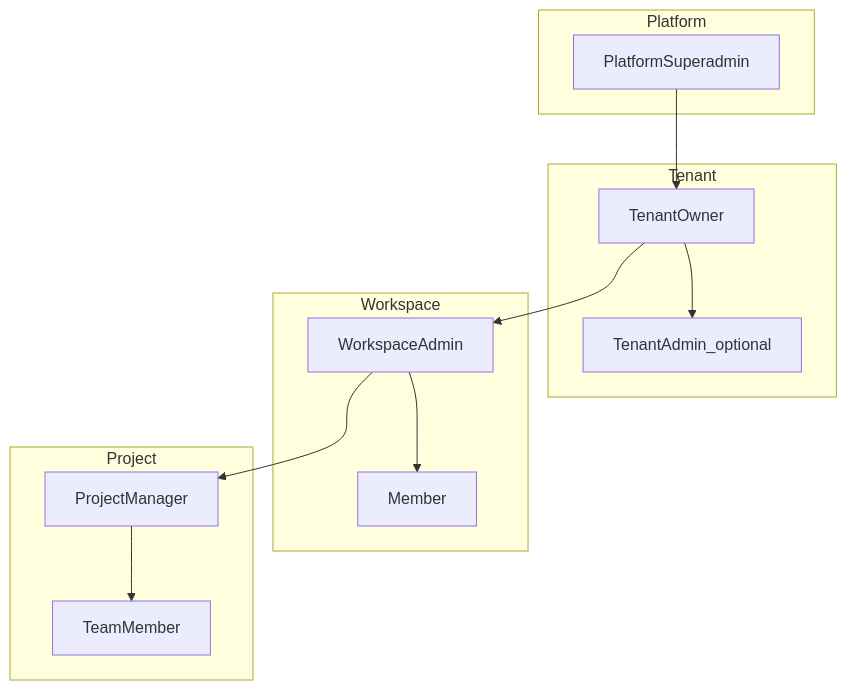
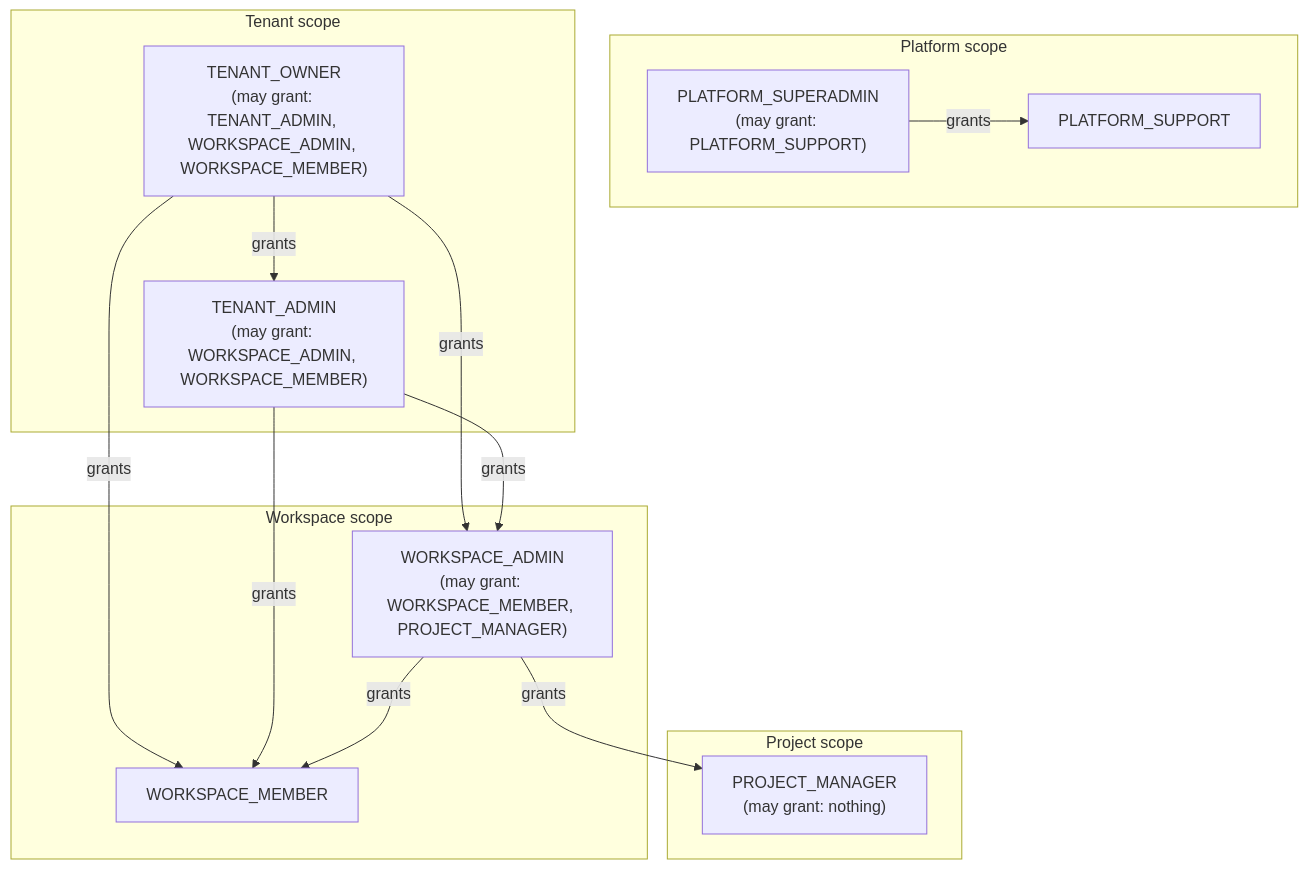
The first of 7 diagrams in docs/architecture/TENANT_RBAC.md (SCITAIGROUP1/ChronoMint), drawn with Mermaid before and after one commit. The commit also changed other lines of this file and 959 other files, not shown here.

````diff
--- a/docs/architecture/TENANT_RBAC.md
+++ b/docs/architecture/TENANT_RBAC.md
@@ -88,24 +91,26 @@
 ```mermaid
 flowchart TB
-  subgraph platform [Platform]
-    Superadmin[PlatformSuperadmin]
+  subgraph platform [Platform scope]
+    Superadmin["PLATFORM_SUPERADMIN\n(may grant: PLATFORM_SUPPORT)"]
+    Support[PLATFORM_SUPPORT]
   end
-  subgraph tenant [Tenant]
-    Owner[TenantOwner]
-    TenantAdmin[TenantAdmin_optional]
+  subgraph tenant [Tenant scope]
+    Owner["TENANT_OWNER\n(may grant: TENANT_ADMIN, WORKSPACE_ADMIN, WORKSPACE_MEMBER)"]
+    TenantAdmin["TENANT_ADMIN\n(may grant: WORKSPACE_ADMIN, WORKSPACE_MEMBER)"]
   end
-  subgraph ws [Workspace]
-    WsAdmin[WorkspaceAdmin]
-    Member[Member]
+  subgraph ws [Workspace scope]
+    WsAdmin["WORKSPACE_ADMIN\n(may grant: WORKSPACE_MEMBER, PROJECT_MANAGER)"]
+    Member[WORKSPACE_MEMBER]
   end
-  subgraph project [Project]
-    PM[ProjectManager]
-    TeamMember[TeamMember]
+  subgraph project [Project scope]
+    PM["PROJECT_MANAGER\n(may grant: nothing)"]
   end
-  Superadmin --> Owner
-  Owner --> TenantAdmin
-  Owner --> WsAdmin
-  WsAdmin --> PM
-  WsAdmin --> Member
-  PM --> TeamMember
+  Superadmin -->|grants| Support
+  Owner -->|grants| TenantAdmin
+  Owner -->|grants| WsAdmin
+  Owner -->|grants| Member
+  TenantAdmin -->|grants| WsAdmin
+  TenantAdmin -->|grants| Member
+  WsAdmin -->|grants| Member
+  WsAdmin -->|grants| PM
 ```
````
